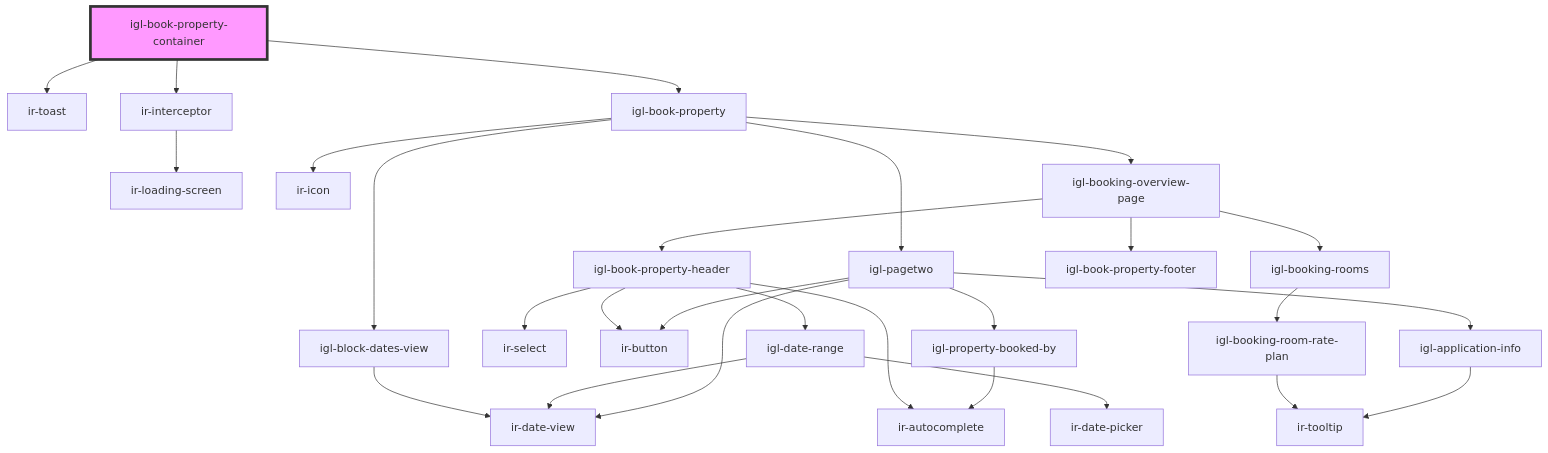
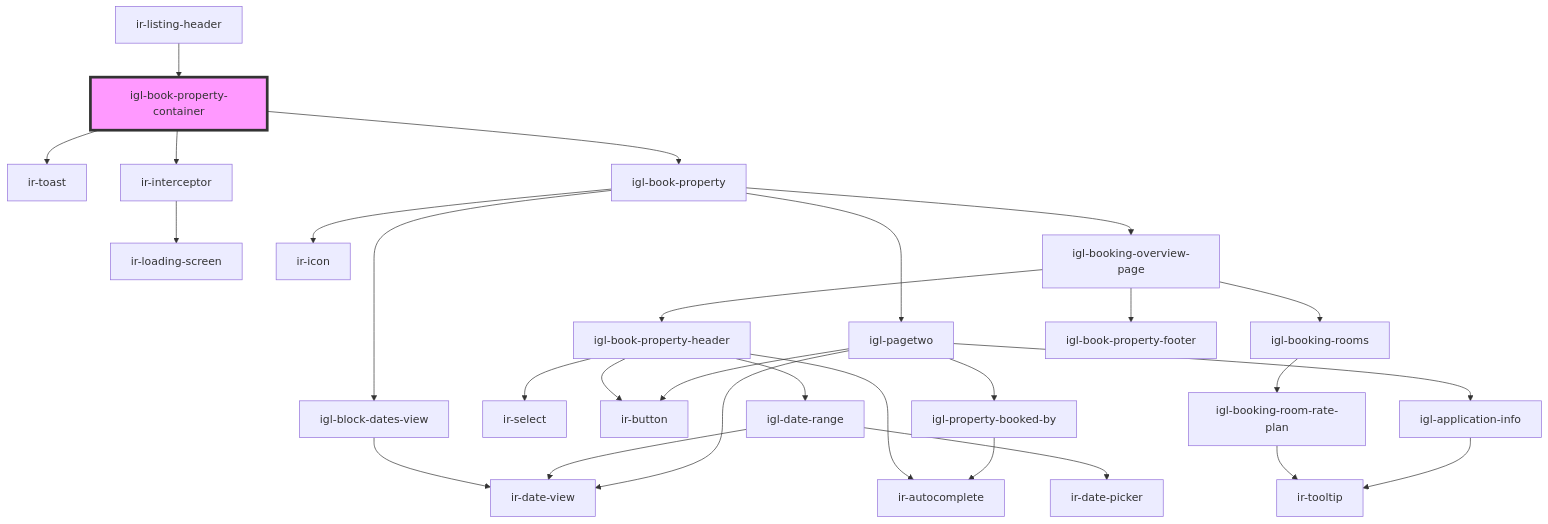
One commit to David1Chowaifaty/modified-ir-webcmp changed the diagram in src/components/igl-book-property-container/readme.md. Above: the diagram before and after it, drawn with Mermaid. The commit also changed other lines of this file and 6 other files, not shown here.

````diff
--- a/src/components/igl-book-property-container/readme.md
+++ b/src/components/igl-book-property-container/readme.md
@@ -36,30 +41,31 @@
 ```mermaid
 graph TD;
   igl-book-property-container --> ir-toast
   igl-book-property-container --> ir-interceptor
   igl-book-property-container --> igl-book-property
   ir-interceptor --> ir-loading-screen
   igl-book-property --> igl-block-dates-view
   igl-book-property --> ir-icon
   igl-book-property --> igl-booking-overview-page
   igl-book-property --> igl-pagetwo
   igl-block-dates-view --> ir-date-view
   igl-booking-overview-page --> igl-book-property-header
   igl-booking-overview-page --> igl-booking-rooms
   igl-booking-overview-page --> igl-book-property-footer
   igl-book-property-header --> ir-autocomplete
   igl-book-property-header --> ir-select
   igl-book-property-header --> ir-button
   igl-book-property-header --> igl-date-range
   igl-date-range --> ir-date-picker
   igl-date-range --> ir-date-view
   igl-booking-rooms --> igl-booking-room-rate-plan
   igl-booking-room-rate-plan --> ir-tooltip
   igl-pagetwo --> ir-date-view
   igl-pagetwo --> igl-application-info
   igl-pagetwo --> igl-property-booked-by
   igl-pagetwo --> ir-button
   igl-application-info --> ir-tooltip
   igl-property-booked-by --> ir-autocomplete
+  ir-listing-header --> igl-book-property-container
   style igl-book-property-container fill:#f9f,stroke:#333,stroke-width:4px
 ```
````
